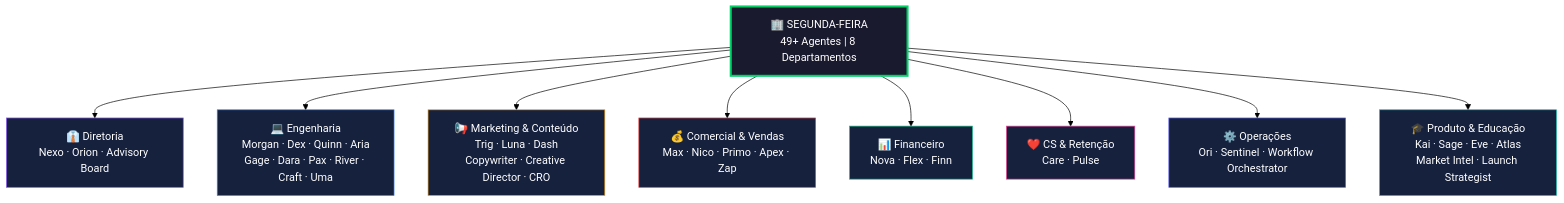
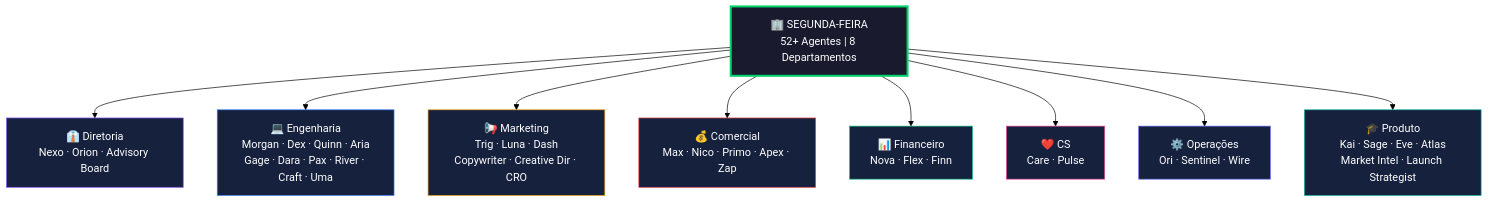
One commit to paulokwak/segunda-feira changed the third of 4 diagrams in README.md. Above: the diagram before and after it, drawn with Mermaid (forest theme). The commit also changed other lines of this file and 1 other file, not shown here.

First line of the commit message:
docs: README v7.0 — Consciousness Engine, 52+ agentes, 74 skills

````diff
--- a/README.md
+++ b/README.md
@@ -81,23 +173,23 @@
 ```mermaid
 graph TD
-    CEO["🏢 SEGUNDA-FEIRA<br/>49+ Agentes | 8 Departamentos"]
-    
+    CEO["🏢 SEGUNDA-FEIRA<br/>52+ Agentes | 8 Departamentos"]
+
     CEO --> DIR["👔 Diretoria<br/>Nexo · Orion · Advisory Board"]
     CEO --> ENG["💻 Engenharia<br/>Morgan · Dex · Quinn · Aria<br/>Gage · Dara · Pax · River · Craft · Uma"]
-    CEO --> MKT["📢 Marketing & Conteúdo<br/>Trig · Luna · Dash<br/>Copywriter · Creative Director · CRO"]
-    CEO --> COM["💰 Comercial & Vendas<br/>Max · Nico · Primo · Apex · Zap"]
+    CEO --> MKT["📢 Marketing<br/>Trig · Luna · Dash<br/>Copywriter · Creative Dir · CRO"]
+    CEO --> COM["💰 Comercial<br/>Max · Nico · Primo · Apex · Zap"]
     CEO --> FIN["📊 Financeiro<br/>Nova · Flex · Finn"]
-    CEO --> CS["❤️ CS & Retenção<br/>Care · Pulse"]
-    CEO --> OPS["⚙️ Operações<br/>Ori · Sentinel · Workflow Orchestrator"]
-    CEO --> PRD["🎓 Produto & Educação<br/>Kai · Sage · Eve · Atlas<br/>Market Intel · Launch Strategist"]
-    
+    CEO --> CS["❤️ CS<br/>Care · Pulse"]
+    CEO --> OPS["⚙️ Operações<br/>Ori · Sentinel · Wire"]
+    CEO --> PRD["🎓 Produto<br/>Kai · Sage · Eve · Atlas<br/>Market Intel · Launch Strategist"]
+
     style CEO fill:#1a1a2e,stroke:#00D26A,stroke-width:3px,color:#fff
     style DIR fill:#16213e,stroke:#8B5CF6,color:#fff
     style ENG fill:#16213e,stroke:#3B82F6,color:#fff
     style MKT fill:#16213e,stroke:#F59E0B,color:#fff
     style COM fill:#16213e,stroke:#EF4444,color:#fff
     style FIN fill:#16213e,stroke:#10B981,color:#fff
     style CS fill:#16213e,stroke:#EC4899,color:#fff
     style OPS fill:#16213e,stroke:#6366F1,color:#fff
     style PRD fill:#16213e,stroke:#14B8A6,color:#fff
 ```
````
